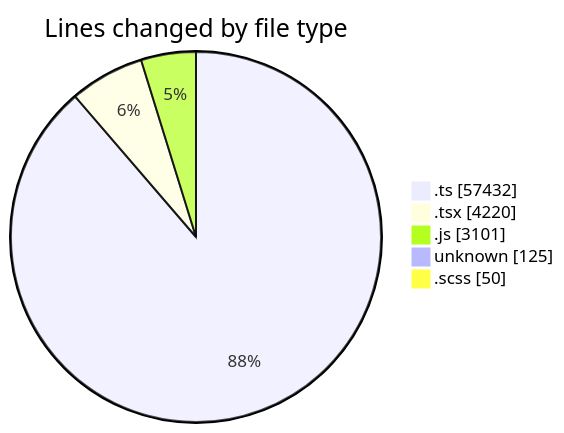
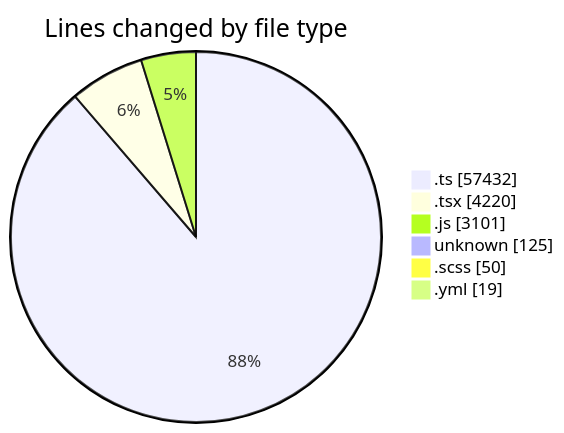
The first of 2 diagrams in 2026-09-18/cda/README.md (momahboobian/code-tracking), drawn with Mermaid before and after one commit. The commit also changed other lines of this file and 1 other file, not shown here.

````diff
--- a/2026-09-18/cda/README.md
+++ b/2026-09-18/cda/README.md
@@ -58,9 +59,10 @@
 ```mermaid
 pie showData
 title Lines changed by file type
 ".ts" : 57432
 ".tsx" : 4220
 ".js" : 3101
 "unknown" : 125
 ".scss" : 50
+".yml" : 19
 ```
````
